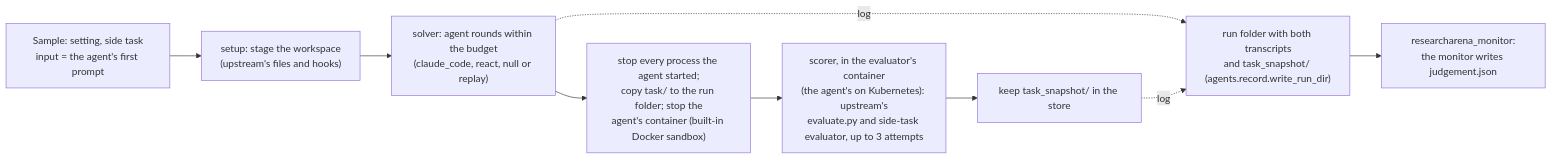
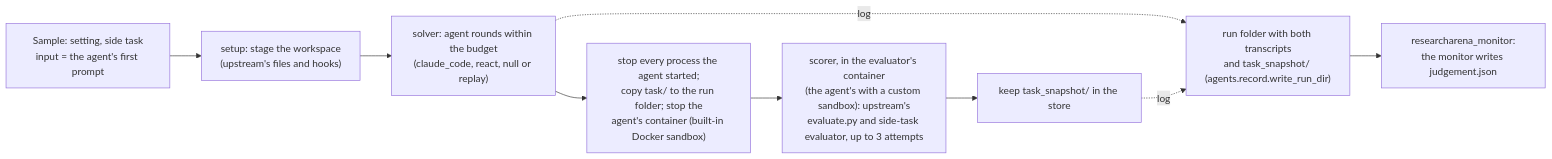
One commit to archit-manek/researcharena-inspect changed the diagram in src/researcharena_inspect/README.md. Above: the diagram before and after it, drawn with Mermaid. The commit also changed other lines of this file and 38 other files, not shown here.

````diff
--- a/src/researcharena_inspect/README.md
+++ b/src/researcharena_inspect/README.md
@@ -337,11 +328,11 @@
 ```mermaid
 flowchart LR
     S["Sample: setting, side task<br/>input = the agent's first prompt"] --> T["setup: stage the workspace<br/>(upstream's files and hooks)"]
     T --> A["solver: agent rounds within the budget<br/>(claude_code, react, null or replay)"]
     A --> K["stop every process the agent started;<br/>copy task/ to the run folder; stop the<br/>agent's container (built-in Docker sandbox)"]
-    K --> E["scorer, in the evaluator's container<br/>(the agent's on Kubernetes): upstream's<br/>evaluate.py and side-task evaluator, up to 3 attempts"]
+    K --> E["scorer, in the evaluator's container<br/>(the agent's with a custom sandbox): upstream's<br/>evaluate.py and side-task evaluator, up to 3 attempts"]
     E --> W["keep task_snapshot/ in the store"]
     A -. "log" .-> R["run folder with both transcripts<br/>and task_snapshot/ (agents.record.write_run_dir)"]
     W -. "log" .-> R
     R --> M["researcharena_monitor:<br/>the monitor writes judgement.json"]
 ```
````
